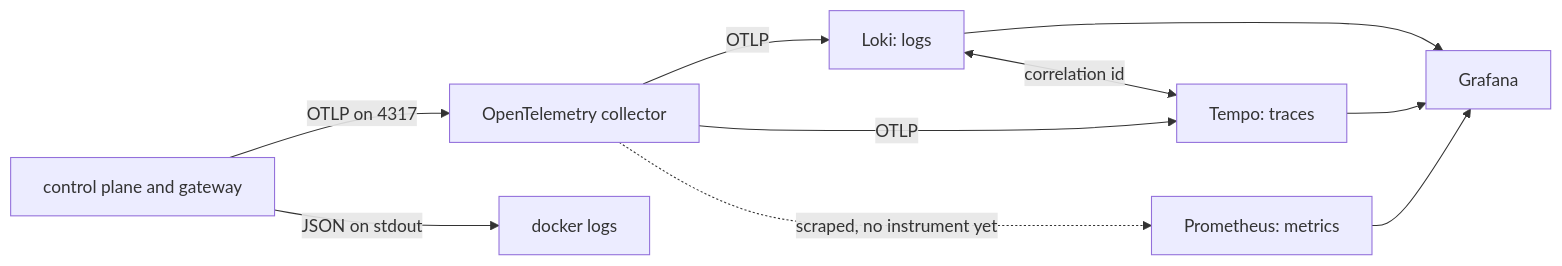
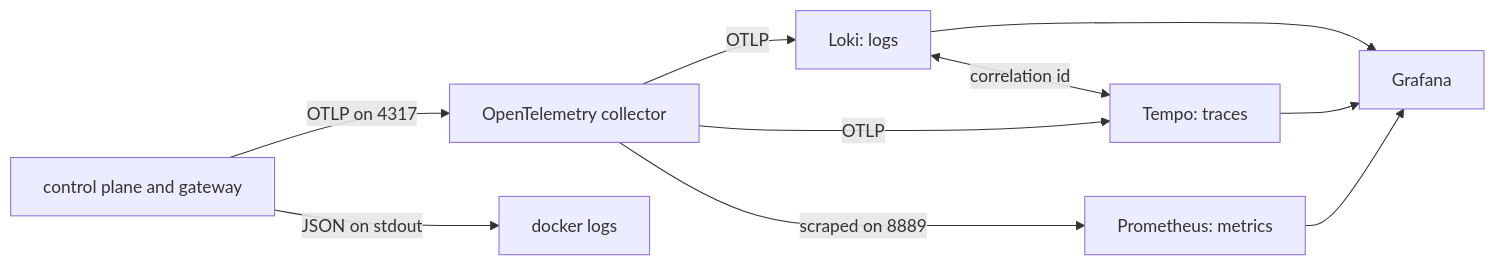
Before and after one commit to atlantic-blue/quay-crew: the diagram in docs/OBSERVABILITY.md, drawn with Mermaid. The commit also changed other lines of this file and 11 other files, not shown here.

````diff
--- a/docs/OBSERVABILITY.md
+++ b/docs/OBSERVABILITY.md
@@ -86,12 +102,12 @@
 ```mermaid
 flowchart LR
     services["control plane and gateway"] -->|"OTLP on 4317"| collector["OpenTelemetry collector"]
     services -->|"JSON on stdout"| docker["docker logs"]
     collector -->|"OTLP"| loki["Loki: logs"]
     collector -->|"OTLP"| tempo["Tempo: traces"]
-    collector -.->|"scraped, no instrument yet"| prometheus["Prometheus: metrics"]
+    collector -->|"scraped on 8889"| prometheus["Prometheus: metrics"]
     loki --> grafana
     tempo --> grafana
     prometheus --> grafana["Grafana"]
     loki <-->|"correlation id"| tempo
 ```
````
